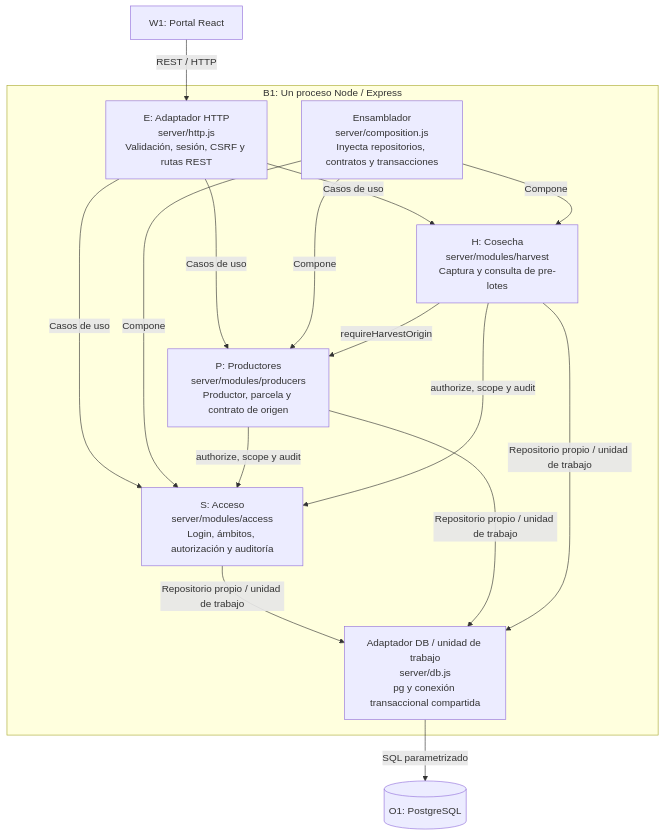
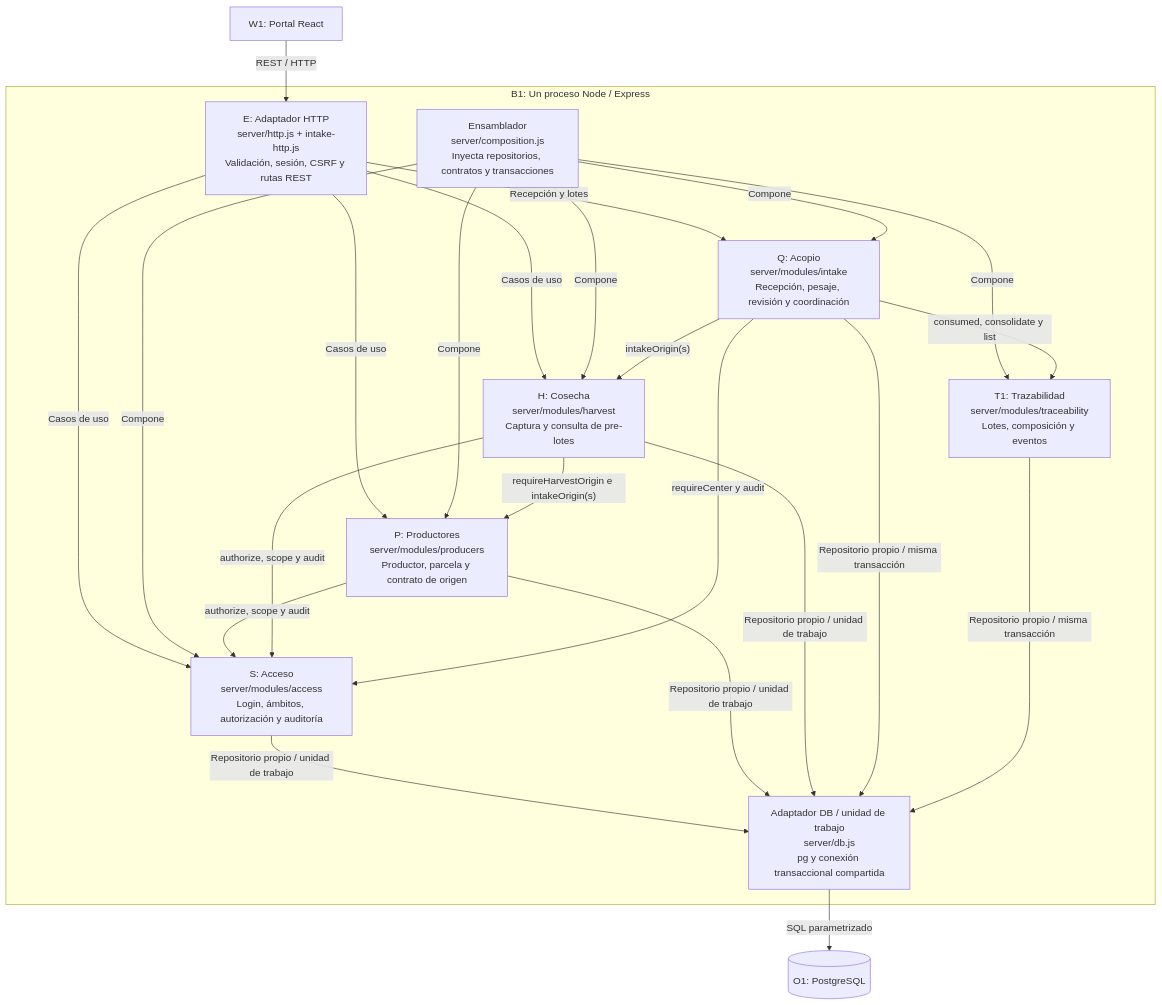
The third of 5 diagrams in docs/04-modelo-c4/modelo-c4.md (carlosgaraundo27-svg/Trazabilidad-Agricola-Arquitectura), drawn with Mermaid before and after one commit. The commit also changed other lines of this file and 20 other files, not shown here.

````diff
--- a/docs/04-modelo-c4/modelo-c4.md
+++ b/docs/04-modelo-c4/modelo-c4.md
@@ -48,27 +52,37 @@
 ```mermaid
 flowchart TB
   W1["W1: Portal React"]
   subgraph B1["B1: Un proceso Node / Express"]
-    E["E: Adaptador HTTP<br/>server/http.js<br/>Validación, sesión, CSRF y rutas REST"]
+    E["E: Adaptador HTTP<br/>server/http.js + intake-http.js<br/>Validación, sesión, CSRF y rutas REST"]
     ROOT["Ensamblador<br/>server/composition.js<br/>Inyecta repositorios, contratos y transacciones"]
     S["S: Acceso<br/>server/modules/access<br/>Login, ámbitos, autorización y auditoría"]
     P["P: Productores<br/>server/modules/producers<br/>Productor, parcela y contrato de origen"]
     H["H: Cosecha<br/>server/modules/harvest<br/>Captura y consulta de pre-lotes"]
+    Q["Q: Acopio<br/>server/modules/intake<br/>Recepción, pesaje, revisión y coordinación"]
+    T1["T1: Trazabilidad<br/>server/modules/traceability<br/>Lotes, composición y eventos"]
     DB["Adaptador DB / unidad de trabajo<br/>server/db.js<br/>pg y conexión transaccional compartida"]
   end
   O1[("O1: PostgreSQL")]
   W1 -->|"REST / HTTP"| E
   E -->|"Casos de uso"| S
   E -->|"Casos de uso"| P
   E -->|"Casos de uso"| H
+  E -->|"Recepción y lotes"| Q
   ROOT -->|"Compone"| S
   ROOT -->|"Compone"| P
   ROOT -->|"Compone"| H
+  ROOT -->|"Compone"| Q
+  ROOT -->|"Compone"| T1
   P -->|"authorize, scope y audit"| S
   H -->|"authorize, scope y audit"| S
-  H -->|"requireHarvestOrigin"| P
+  H -->|"requireHarvestOrigin e intakeOrigin(s)"| P
+  Q -->|"requireCenter y audit"| S
+  Q -->|"intakeOrigin(s)"| H
+  Q -->|"consumed, consolidate y list"| T1
   S -->|"Repositorio propio / unidad de trabajo"| DB
   P -->|"Repositorio propio / unidad de trabajo"| DB
   H -->|"Repositorio propio / unidad de trabajo"| DB
+  Q -->|"Repositorio propio / misma transacción"| DB
+  T1 -->|"Repositorio propio / misma transacción"| DB
   DB -->|"SQL parametrizado"| O1
 ```
````
